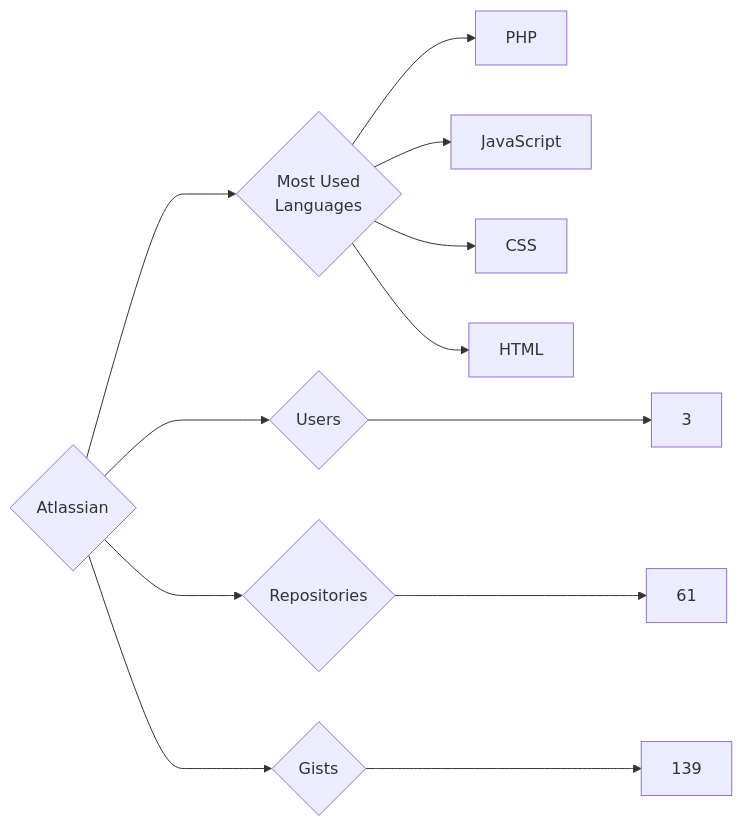
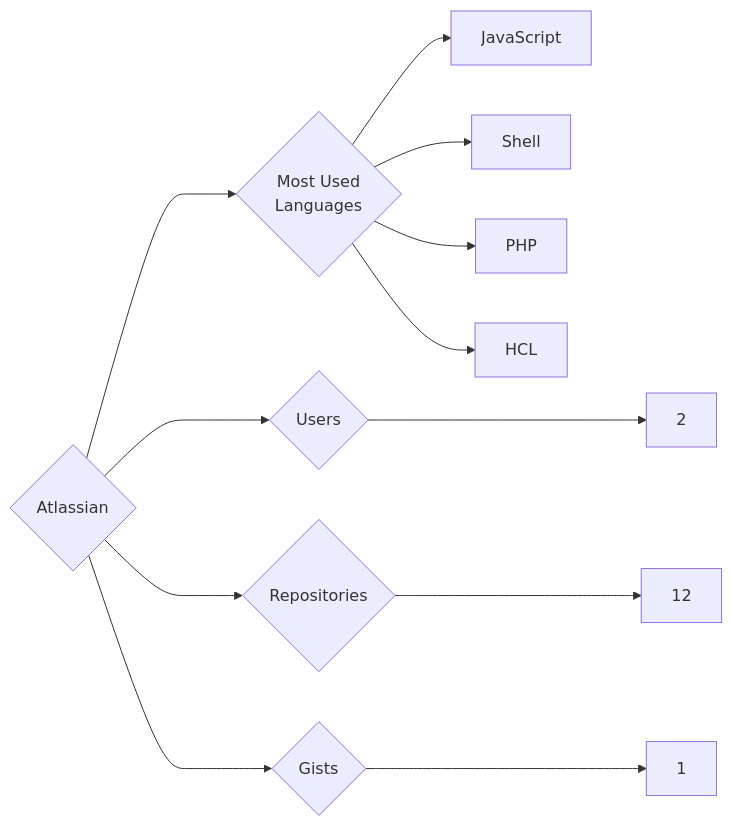
Before and after one commit to trickest/insiders: the diagram in targets/Atlassian/README.md, drawn with Mermaid. The commit also changed 559 other files, not shown here.

````diff
--- a/targets/Atlassian/README.md
+++ b/targets/Atlassian/README.md
@@ -3,12 +3,12 @@
 ```mermaid
 graph LR
 COMPANY_NAME{Atlassian}
-COMPANY_NAME ---> U{Users} ---> UN[3]
-COMPANY_NAME ---> R{Repositories} ---> RN[61]
-COMPANY_NAME ---> G{Gists} ---> GN[139]
+COMPANY_NAME ---> U{Users} ---> UN[2]
+COMPANY_NAME ---> R{Repositories} ---> RN[12]
+COMPANY_NAME ---> G{Gists} ---> GN[1]
 COMPANY_NAME ---> ML{Most Used<br>Languages}
+ML --> JavaScript[JavaScript]
+ML --> Shell[Shell]
 ML --> PHP[PHP]
-ML --> JavaScript[JavaScript]
-ML --> CSS[CSS]
-ML --> HTML[HTML]
+ML --> HCL[HCL]
 ```
````
